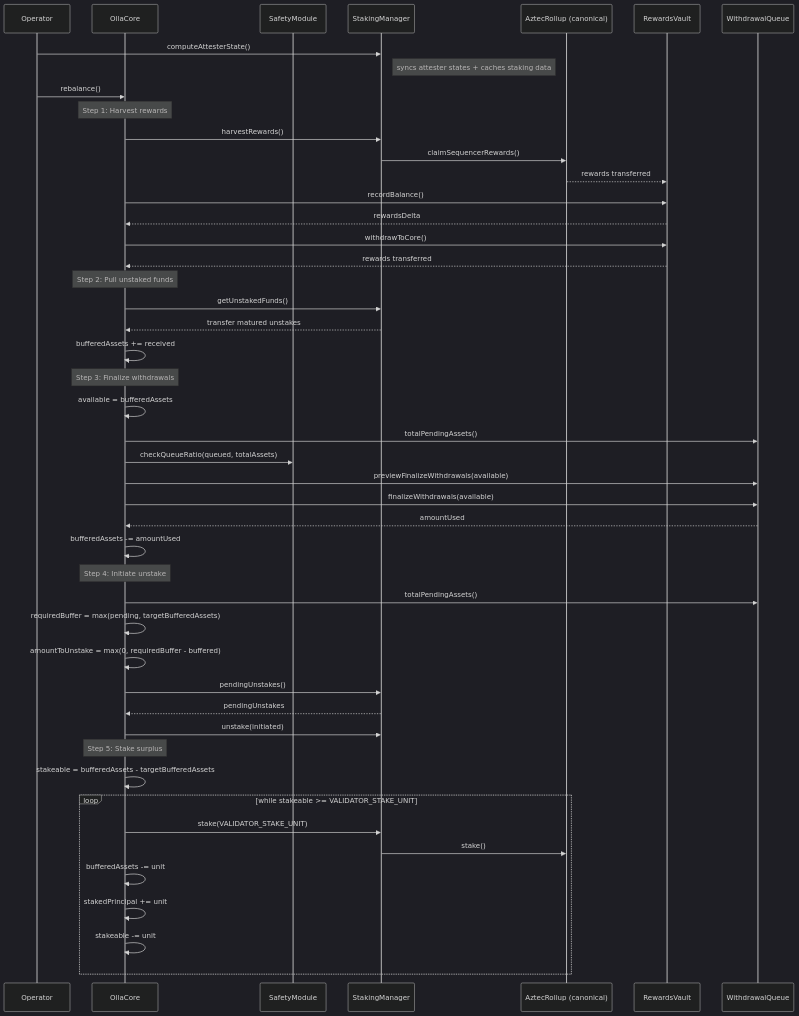
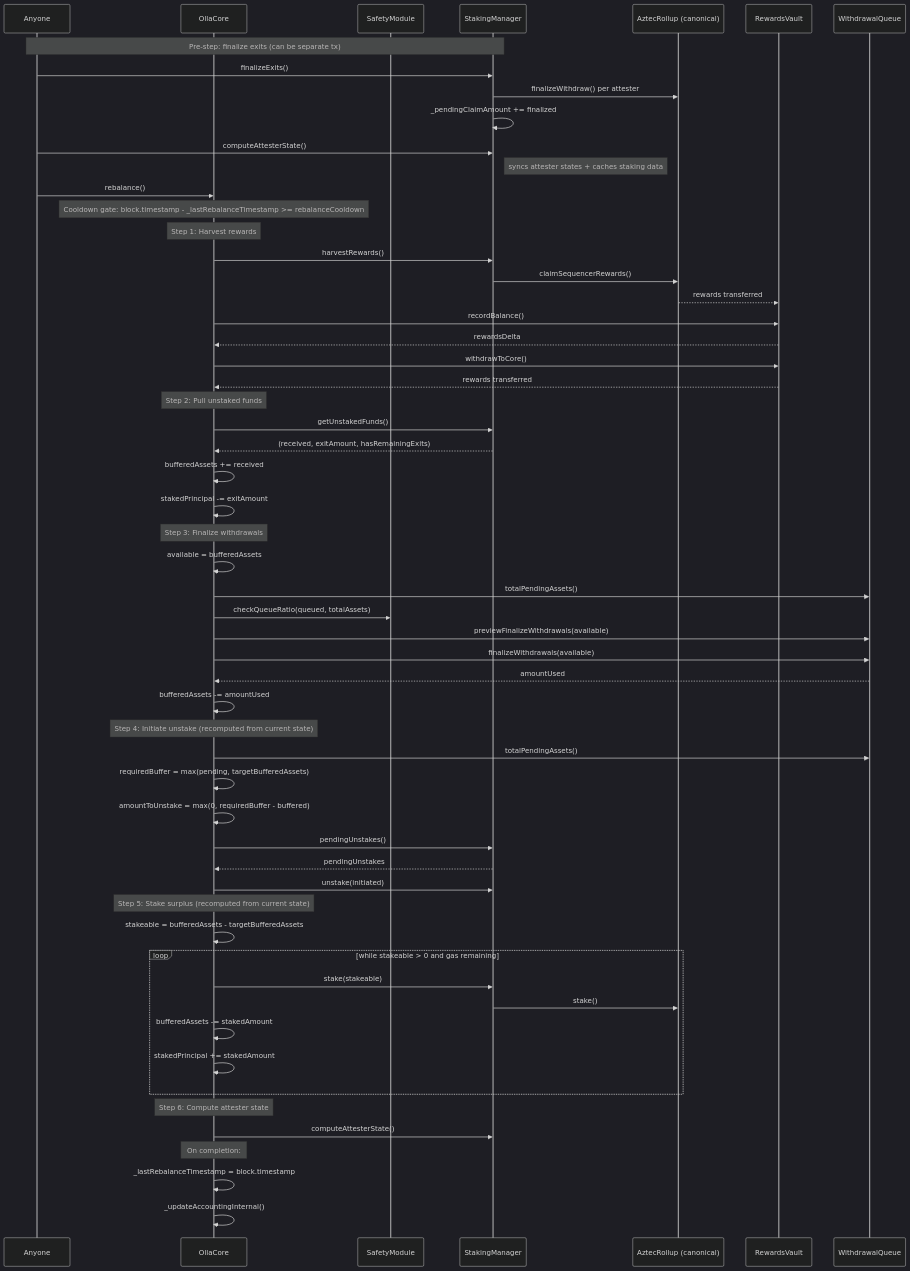
The seventh of 9 diagrams in docs/operator-actions.md (ollafinance/core), drawn with Mermaid (dark theme) before and after one commit. The commit also changed other lines of this file and 54 other files, not shown here.

First line of the commit message:
fix: make rebalance, accounting, and staking manager functions permissionless (#300)

````diff
--- a/docs/operator-actions.md
+++ b/docs/operator-actions.md
@@ -118,55 +139,69 @@
 ```mermaid
 sequenceDiagram
-    participant OP as Operator
+    participant A as Anyone
     participant C as OllaCore
     participant SAF as SafetyModule
     participant SM as StakingManager
     participant AR as AztecRollup (canonical)
     participant RV as RewardsVault
     participant WQ as WithdrawalQueue
 
-    OP->>SM: computeAttesterState()
+    Note over A,SM: Pre-step: finalize exits (can be separate tx)
+    A->>SM: finalizeExits()
+    SM->>AR: finalizeWithdraw() per attester
+    SM->>SM: _pendingClaimAmount += finalized
+
+    A->>SM: computeAttesterState()
     Note right of SM: syncs attester states + caches staking data
-    OP->>C: rebalance()
+
+    A->>C: rebalance()
+    Note over C: Cooldown gate: block.timestamp - _lastRebalanceTimestamp >= rebalanceCooldown
 
     Note over C: Step 1: Harvest rewards
     C->>SM: harvestRewards()
     SM->>AR: claimSequencerRewards()
     AR-->>RV: rewards transferred
     C->>RV: recordBalance()
     RV-->>C: rewardsDelta
     C->>RV: withdrawToCore()
     RV-->>C: rewards transferred
 
     Note over C: Step 2: Pull unstaked funds
     C->>SM: getUnstakedFunds()
-    SM-->>C: transfer matured unstakes
+    SM-->>C: (received, exitAmount, hasRemainingExits)
     C->>C: bufferedAssets += received
+    C->>C: stakedPrincipal -= exitAmount
 
     Note over C: Step 3: Finalize withdrawals
     C->>C: available = bufferedAssets
     C->>WQ: totalPendingAssets()
     C->>SAF: checkQueueRatio(queued, totalAssets)
     C->>WQ: previewFinalizeWithdrawals(available)
     C->>WQ: finalizeWithdrawals(available)
     WQ-->>C: amountUsed
     C->>C: bufferedAssets -= amountUsed
 
-    Note over C: Step 4: Initiate unstake
+    Note over C: Step 4: Initiate unstake (recomputed from current state)
     C->>WQ: totalPendingAssets()
     C->>C: requiredBuffer = max(pending, targetBufferedAssets)
     C->>C: amountToUnstake = max(0, requiredBuffer - buffered)
     C->>SM: pendingUnstakes()
     SM-->>C: pendingUnstakes
     C->>SM: unstake(initiated)
 
-    Note over C: Step 5: Stake surplus
+    Note over C: Step 5: Stake surplus (recomputed from current state)
     C->>C: stakeable = bufferedAssets - targetBufferedAssets
-    loop while stakeable >= VALIDATOR_STAKE_UNIT
-        C->>SM: stake(VALIDATOR_STAKE_UNIT)
+    loop while stakeable > 0 and gas remaining
+        C->>SM: stake(stakeable)
         SM->>AR: stake()
-        C->>C: bufferedAssets -= unit
-        C->>C: stakedPrincipal += unit
-        C->>C: stakeable -= unit
+        C->>C: bufferedAssets -= stakedAmount
+        C->>C: stakedPrincipal += stakedAmount
     end
+
+    Note over C: Step 6: Compute attester state
+    C->>SM: computeAttesterState()
+
+    Note over C: On completion:
+    C->>C: _lastRebalanceTimestamp = block.timestamp
+    C->>C: _updateAccountingInternal()
 ```
````
